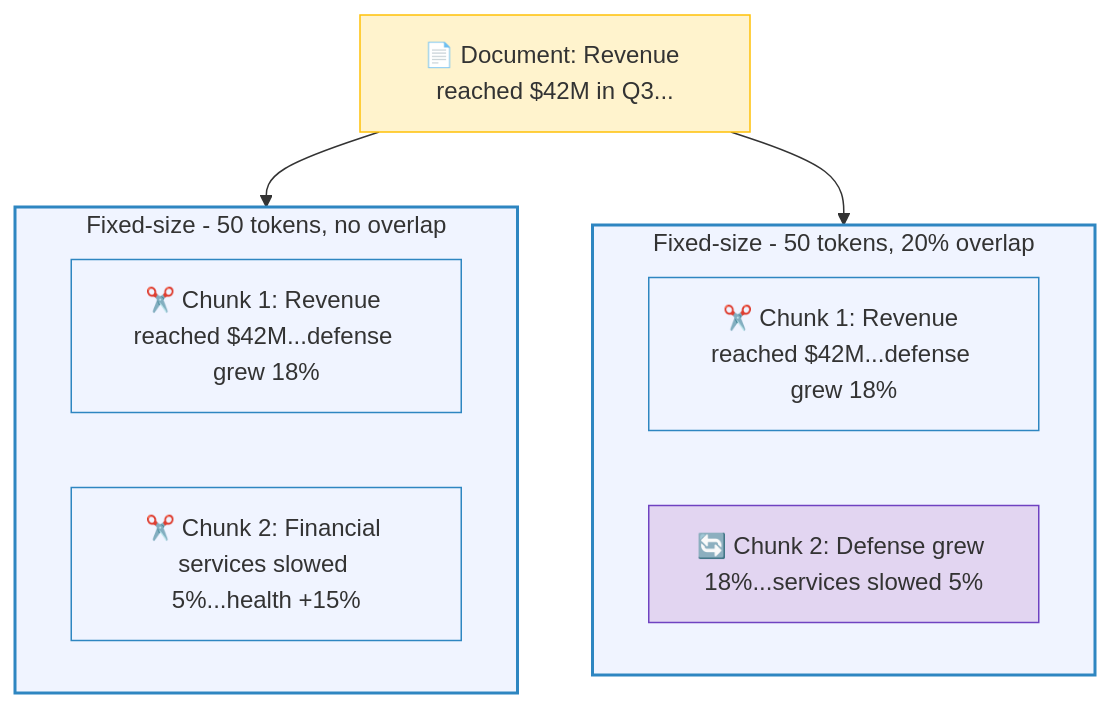
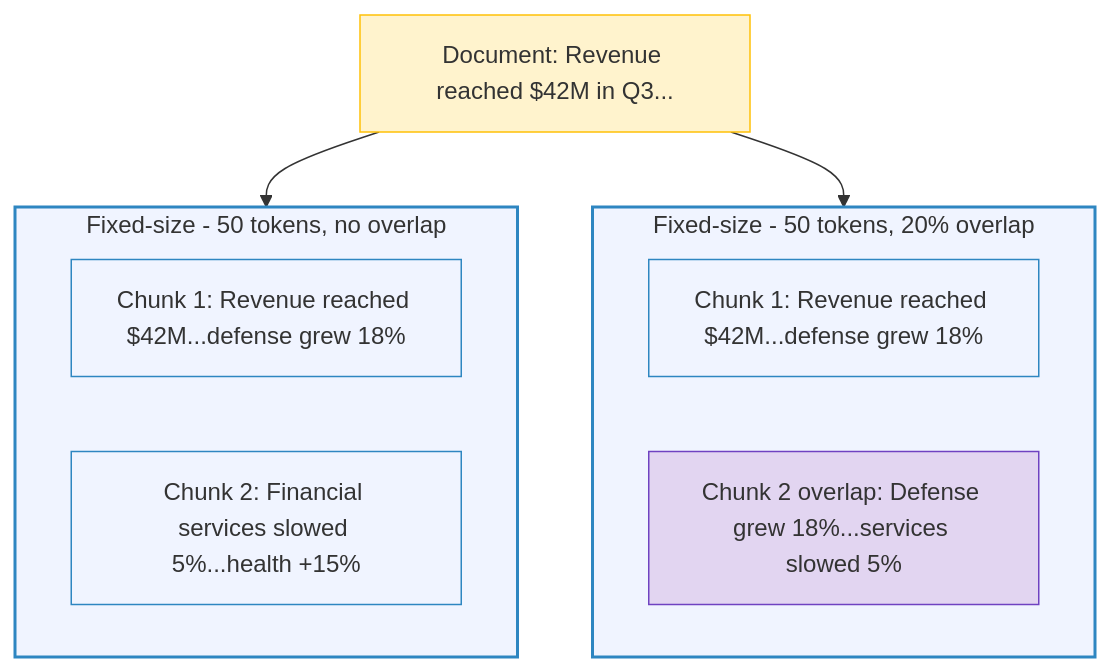
Before and after one commit to ithinktavo/GenAI-Engineering-Handbook: the second of 10 diagrams in docs/04-rag-deep-dive.md, drawn with Mermaid. The commit also changed other lines of this file and 10 other files, not shown here.

Commit message:
Diagram updates

````diff
--- a/docs/04-rag-deep-dive.md
+++ b/docs/04-rag-deep-dive.md
@@ -95,25 +95,25 @@
 ```mermaid
 graph TD
-    DOC["📄 Document: Revenue reached $42M in Q3..."]
+    DOC["Document: Revenue reached $42M in Q3..."]
 
     subgraph NO_OL["Fixed-size - 50 tokens, no overlap"]
-        A1["✂️ Chunk 1: Revenue reached $42M...defense grew 18%"]
-        A2["✂️ Chunk 2: Financial services slowed 5%...health +15%"]
+        A1["Chunk 1: Revenue reached $42M...defense grew 18%"]
+        A2["Chunk 2: Financial services slowed 5%...health +15%"]
     end
 
     subgraph OL["Fixed-size - 50 tokens, 20% overlap"]
-        B1["✂️ Chunk 1: Revenue reached $42M...defense grew 18%"]
-        B2["🔄 Chunk 2: Defense grew 18%...services slowed 5%"]
+        B1["Chunk 1: Revenue reached $42M...defense grew 18%"]
+        B2["Chunk 2 overlap: Defense grew 18%...services slowed 5%"]
     end
 
     DOC --> NO_OL
     DOC --> OL
 
     style DOC fill:#fff3cd,stroke:#ffc107
     style NO_OL fill:#f0f4ff,stroke:#2E86C1,stroke-width:2px
     style OL fill:#f0f4ff,stroke:#2E86C1,stroke-width:2px
     style A1 fill:#f0f4ff,stroke:#2E86C1
     style A2 fill:#f0f4ff,stroke:#2E86C1
     style B1 fill:#f0f4ff,stroke:#2E86C1
     style B2 fill:#e2d5f1,stroke:#6f42c1
 ```
````
